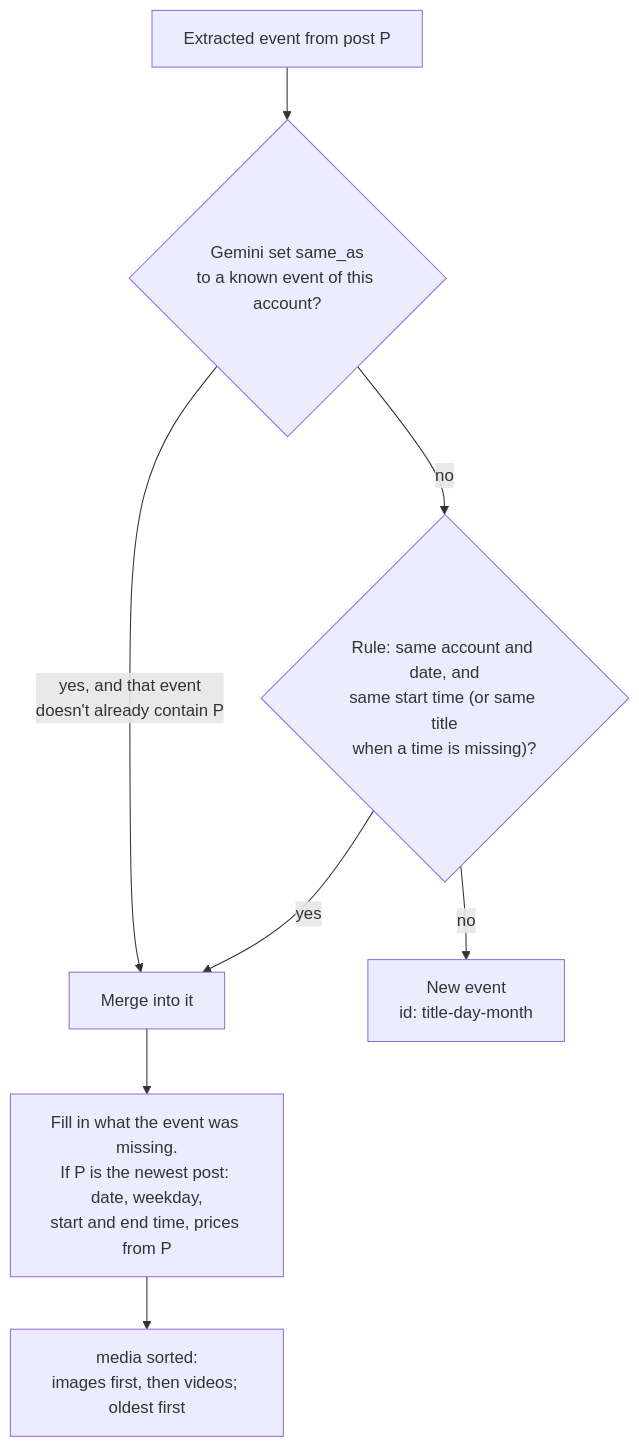
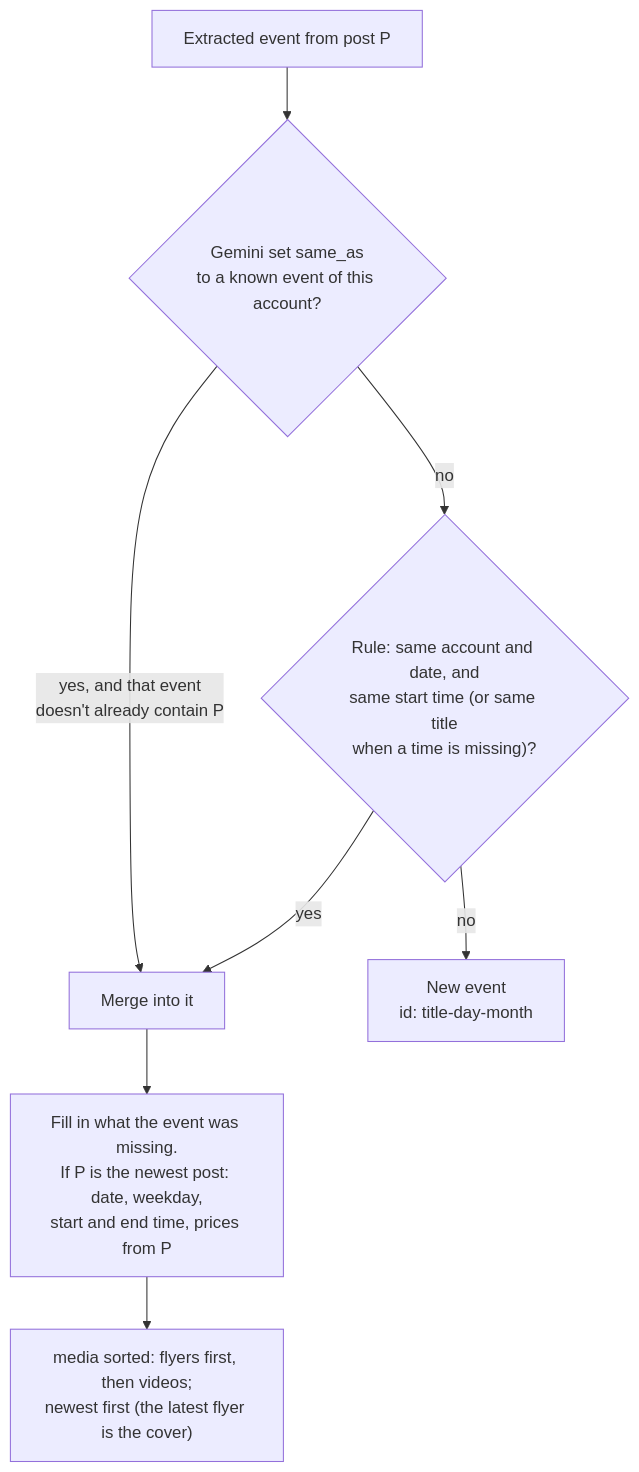
One commit to pa-bailar/backend changed the sixth of 12 diagrams in docs/ARCHITECTURE.md. Above: the diagram before and after it, drawn with Mermaid. The commit also changed other lines of this file and 4 other files, not shown here.

First line of the commit message:
feat(merging): the latest flyer is an event's cover

````diff
--- a/docs/ARCHITECTURE.md
+++ b/docs/ARCHITECTURE.md
@@ -482,10 +482,10 @@
 ```mermaid
 flowchart TD
     C["Extracted event from post P"] --> L{"Gemini set same_as<br/>to a known event of this account?"}
     L -->|"yes, and that event<br/>doesn't already contain P"| MERGE["Merge into it"]
     L -->|no| RULE{"Rule: same account and date, and<br/>same start time (or same title<br/>when a time is missing)?"}
     RULE -->|yes| MERGE
     RULE -->|no| NEW["New event<br/>id: title-day-month"]
     MERGE --> F["Fill in what the event was missing.<br/>If P is the newest post: date, weekday,<br/>start and end time, prices from P"]
-    F --> O["media sorted:<br/>images first, then videos; oldest first"]
+    F --> O["media sorted: flyers first, then videos;<br/>newest first (the latest flyer is the cover)"]
 ```
````
